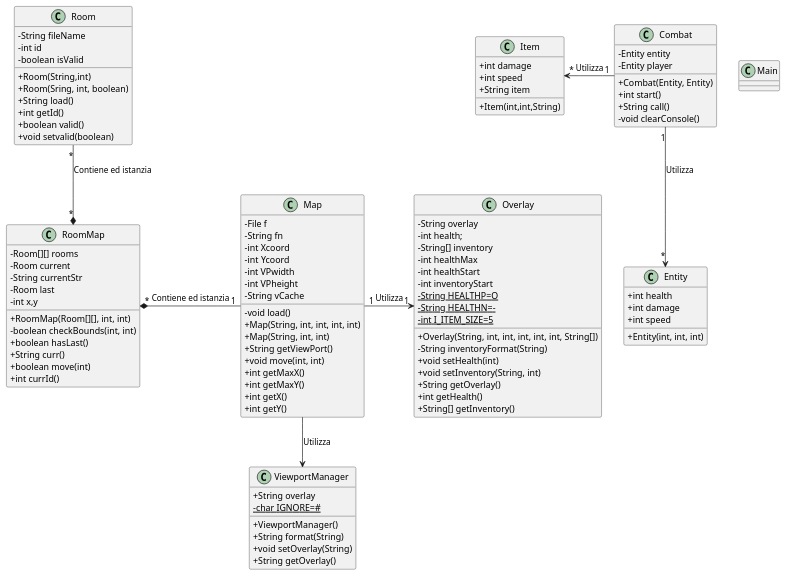
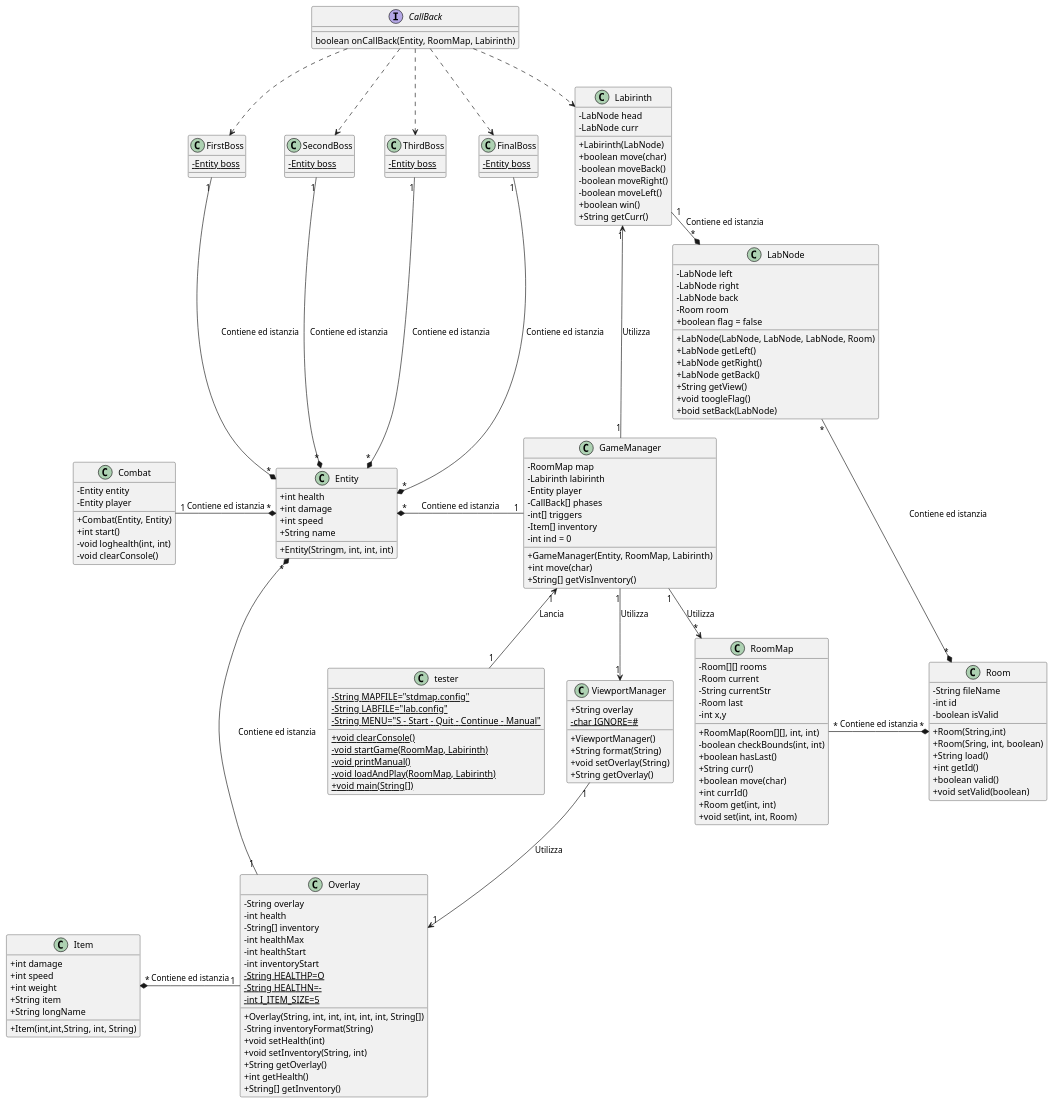
One commit to 1smaa/progettoedids changed the diagram in Class_diagram.md. Above: the diagram before and after it, drawn with PlantUML. The commit also changed other lines of this file, not shown here.

````diff
--- a/Class_diagram.md
+++ b/Class_diagram.md
@@ -7,48 +7,124 @@
 ```plantuml
 @startuml
 skinparam classAttributeIconSize 0
-
-class Main {
-
-}
-
 
 class Entity {
     + int health
     + int damage
     + int speed
-    + Entity(int, int, int)
+    + String name
+    + Entity(Stringm, int, int, int)
 }
 
 class Item {
     + int damage
     + int speed
+    + int weight
     + String item
-    + Item(int,int,String)
+    + String longName
+    + Item(int,int,String, int, String)
 }
 
-class Map {
-    - File f
-    - String fn
-    - int Xcoord
-    - int Ycoord
-    - int VPwidth
-    - int VPheight
-    - String vCache
-    - void load()
-    + Map(String, int, int, int, int)
-    + Map(String, int, int)
-    + String getViewPort()
-    + void move(int, int)
-    + int getMaxX()
-    + int getMaxY()
-    + int getX()
-    + int getY()
+interface CallBack{
+    boolean onCallBack(Entity, RoomMap, Labirinth)
+}
+
+class Combat {
+    - Entity entity
+    - Entity player
+    + Combat(Entity, Entity)
+    + int start()
+    - void loghealth(int, int)
+    - void clearConsole()
+}
+
+class FinalBoss {
+    - {Static} Entity boss
+}
+
+class FirstBoss {
+    - {static} Entity boss
+}
+
+class SecondBoss {
+    - {static} Entity boss
+}
+
+class ThirdBoss {
+    - {static} Entity boss
+}
+
+class LabNode {
+    - LabNode left
+    - LabNode right
+    - LabNode back
+    - Room room
+    + boolean flag = false
+    + LabNode(LabNode, LabNode, LabNode, Room)
+    + LabNode getLeft()
+    + LabNode getRight()
+    + LabNode getBack()
+    + String getView()
+    + void toogleFlag()
+    + boid setBack(LabNode)
+}
+
+class Labirinth {
+    - LabNode head
+    - LabNode curr
+    + Labirinth(LabNode)
+    + boolean move(char)
+    - boolean moveBack()
+    - boolean moveRight()
+    - boolean moveLeft()
+    + boolean win()
+    + String getCurr()
+}
+
+class GameManager {
+    - RoomMap map
+    - Labirinth labirinth
+    - Entity player
+    - CallBack[] phases
+    - int[] triggers
+    - Item[] inventory
+    - int ind = 0
+    + GameManager(Entity, RoomMap, Labirinth)
+    + int move(char)
+    + String[] getVisInventory()
+}
+
+class Room {
+    - String fileName
+    - int id
+    - boolean isValid
+    + Room(String,int)
+    + Room(Sring, int, boolean)
+    + String load()
+    + int getId()
+    + boolean valid()
+    + void setValid(boolean)
+}
+
+class RoomMap {
+    - Room[][] rooms
+    - Room current
+    - String currentStr
+    - Room last
+    - int x,y
+    + RoomMap(Room[][], int, int)
+    - boolean checkBounds(int, int)
+    + boolean hasLast()
+    + String curr()
+    + boolean move(char)
+    + int currId()
+    + Room get(int, int)
+    + void set(int, int, Room)
 }
 
 class Overlay {
     - String overlay
-    - int health;
+    - int health
     - String[] inventory
     - int healthMax
     - int healthStart
@@ -65,32 +141,6 @@
     + String[] getInventory()
 }
 
-class Room {
-    - String fileName
-    - int id
-    - boolean isValid
-    + Room(String,int)
-    + Room(Sring, int, boolean)
-    + String load()
-    + int getId()
-    + boolean valid()
-    + void setvalid(boolean)
-}
-
-class RoomMap {
-    - Room[][] rooms
-    - Room current
-    - String currentStr
-    - Room last
-    - int x,y
-    + RoomMap(Room[][], int, int)
-    - boolean checkBounds(int, int)
-    + boolean hasLast()
-    + String curr()
-    + boolean move(int)
-    + int currId()
-}
-
 class ViewportManager {
     + String overlay
     - {static} char IGNORE=#
@@ -100,21 +150,38 @@
     + String getOverlay()
 }
 
-class Combat {
-    - Entity entity
-    - Entity player
-    + Combat(Entity, Entity)
-    + int start()
-    + String call()
-    - void clearConsole()
+class tester{
+    - {static} String MAPFILE="stdmap.config"
+    - {static} String LABFILE="lab.config"
+    - {static} String MENU="S - Start - Quit - Continue - Manual"
+    + {static} void clearConsole()
+    - {static} void startGame(RoomMap, Labirinth)
+    - {static} void printManual()
+    - {static} void loadAndPlay(RoomMap, Labirinth)
+    + {static} void main(String[])
 }
 
-Room "*" -down-* "*"  RoomMap : Contiene ed istanzia
-Combat "1" -down-> "*" Entity : Utilizza
-Combat "1" -left-> "*" Item : Utilizza
-Map -down-> ViewportManager : Utilizza
-Map "1" -left-* "*" RoomMap : Contiene ed istanzia
-Map "1" -right-> "1" Overlay : Utilizza
+RoomMap "*" -right-* "*"  Room : Contiene ed istanzia
+Combat "1" -right-* "*" Entity : Contiene ed istanzia
+Overlay "1" -left-* "*" Item : Contiene ed istanzia
+Overlay "1" -up-* "*" Entity : Contiene ed istanzia
+LabNode "*" --* "*" Room : Contiene ed istanzia
+Labirinth "1" -right-* "*" LabNode : Contiene ed istanzia
+GameManager "1" -down-> "*" RoomMap : Utilizza
+GameManager "1" -left-* "*" Entity : Contiene ed istanzia
+GameManager "1" -up-> "1" Labirinth : Utilizza
+GameManager "1" -down-> "1" ViewportManager : Utilizza
+ViewportManager "1" -down-> "1" Overlay : Utilizza
+tester "1" -up-> "1" GameManager : Lancia
+FirstBoss "1" --* "*" Entity : Contiene ed istanzia
+SecondBoss "1" --* "*" Entity : Contiene ed istanzia
+ThirdBoss "1" --* "*" Entity : Contiene ed istanzia
+FinalBoss "1" --* "*" Entity : Contiene ed istanzia
+CallBack .down.> FinalBoss
+CallBack .down.> FirstBoss
+CallBack .down.> SecondBoss
+CallBack .down.> ThirdBoss
+CallBack ..> Labirinth
 
 @enduml
 ```
````
